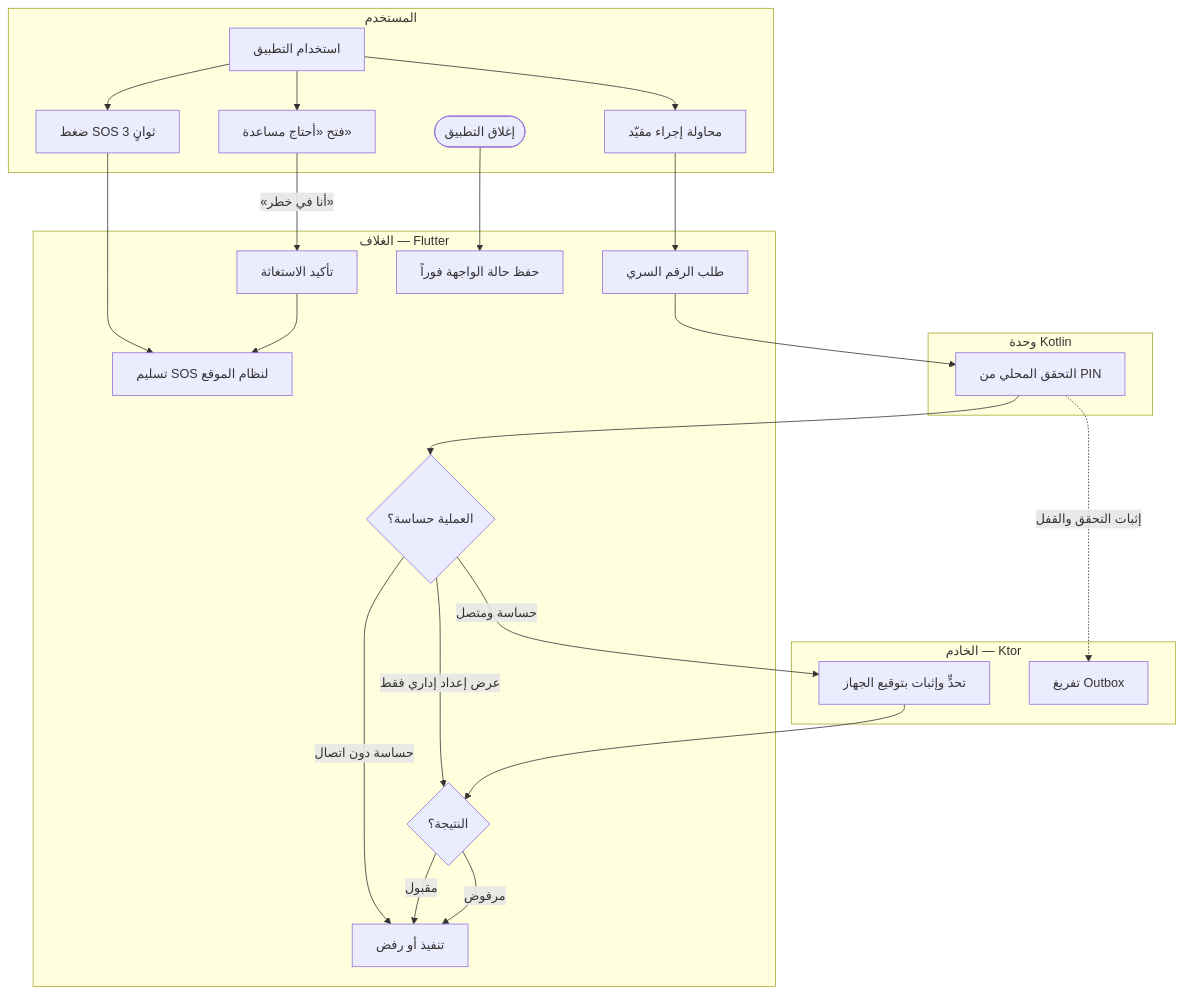
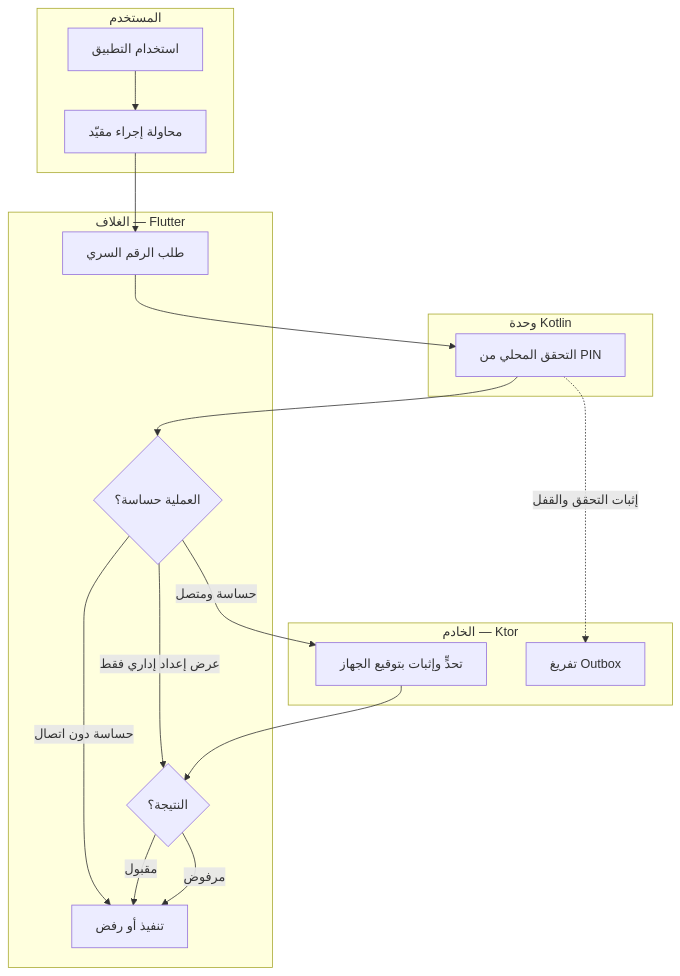
Diagram 25 of 26 in docs/family-os/governance/phases/phase-1/S1-01-app-shell-and-platform/DIAGRAMS.md (Bassam-mohammed-alqaeadi/family-os-v2), drawn with Mermaid before and after one commit. The commit also changed other lines of this file, not shown here.

````diff
--- a/docs/family-os/governance/phases/phase-1/S1-01-app-shell-and-platform/DIAGRAMS.md
+++ b/docs/family-os/governance/phases/phase-1/S1-01-app-shell-and-platform/DIAGRAMS.md
@@ -698,44 +787,32 @@
 ```mermaid
 flowchart TD
     subgraph User [المستخدم]
         U2[استخدام التطبيق]
         U3[محاولة إجراء مقيّد]
-        U4[ضغط SOS 3 ثوانٍ]
-        U6[فتح «أحتاج مساعدة»]
-        U5([إغلاق التطبيق])
     end
     subgraph Shell [الغلاف — Flutter]
         S5[طلب الرقم السري]
+        S10{العملية حساسة؟}
         S6{النتيجة؟}
         S7[تنفيذ أو رفض]
-        S8[تسليم SOS لنظام الموقع]
-        S13[تأكيد الاستغاثة]
-        S9[حفظ حالة الواجهة فوراً]
-        S10{العملية حساسة؟}
     end
     subgraph Kotlin [وحدة Kotlin]
         K4[التحقق المحلي من PIN]
     end
     subgraph Server [الخادم — Ktor]
         V4[تحدٍّ وإثبات بتوقيع الجهاز]
         V3[تفريغ Outbox]
     end
 
     U2 --> U3
     U3 --> S5
     S5 --> K4
     K4 --> S10
     S10 -->|حساسة ومتصل| V4
     S10 -->|حساسة دون اتصال| S7
     S10 -->|عرض إعداد إداري فقط| S6
     K4 -.->|إثبات التحقق والقفل| V3
     V4 --> S6
     S6 -->|مقبول| S7
     S6 -->|مرفوض| S7
-    U2 --> U4
-    U4 --> S8
-    U2 --> U6
-    U6 -->|«أنا في خطر»| S13
-    S13 --> S8
-    U5 --> S9
 ```
````
